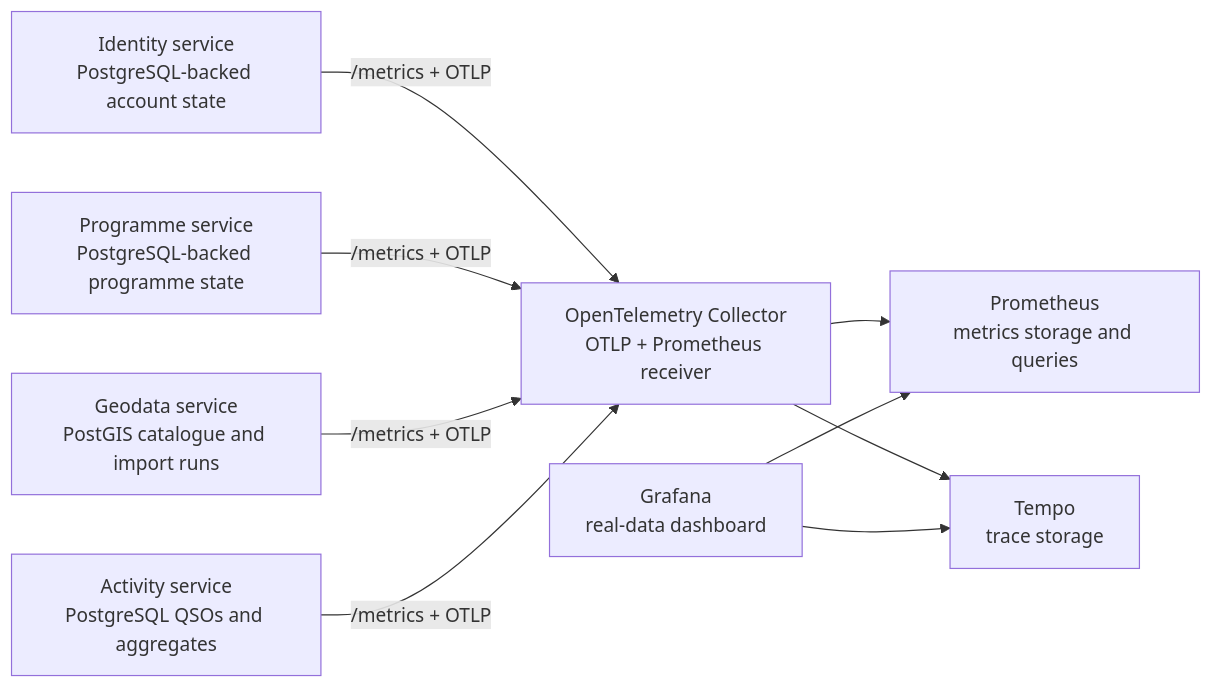
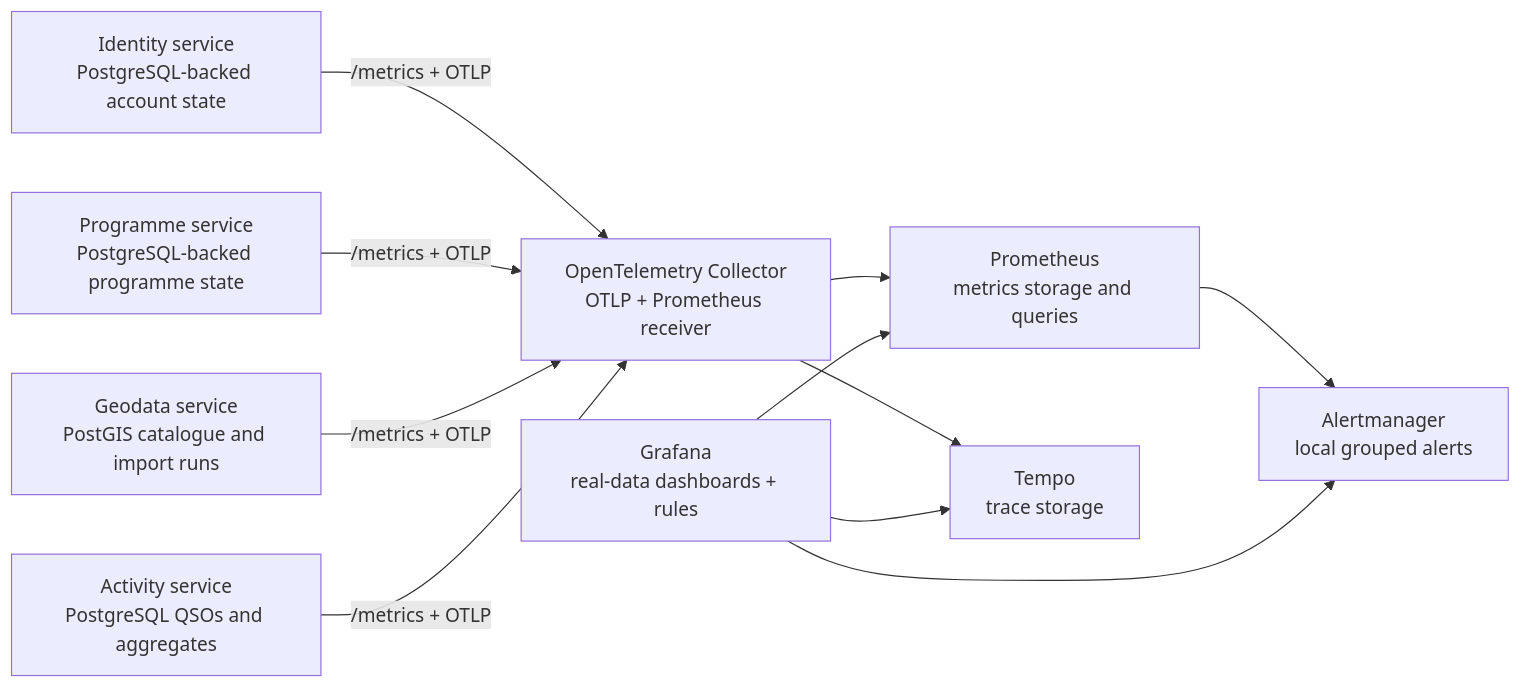
Before and after one commit to myota-platform/myota-docs: the diagram in docs/observability.md, drawn with Mermaid. The commit also changed other lines of this file, not shown here.

````diff
--- a/docs/observability.md
+++ b/docs/observability.md
@@ -20,19 +20,22 @@
 ```mermaid
 flowchart LR
   Identity[Identity service\nPostgreSQL-backed account state]
   Programmes[Programme service\nPostgreSQL-backed programme state]
   Geo[Geodata service\nPostGIS catalogue and import runs]
   Activity[Activity service\nPostgreSQL QSOs and aggregates]
   Collector[OpenTelemetry Collector\nOTLP + Prometheus receiver]
   Prometheus[Prometheus\nmetrics storage and queries]
-  Grafana[Grafana\nreal-data dashboard]
+  Grafana[Grafana\nreal-data dashboards + rules]
+  Alertmanager[Alertmanager\nlocal grouped alerts]
   Tempo[Tempo\ntrace storage]
   Identity -->|/metrics + OTLP| Collector
   Programmes -->|/metrics + OTLP| Collector
   Geo -->|/metrics + OTLP| Collector
   Activity -->|/metrics + OTLP| Collector
   Collector --> Prometheus
   Collector --> Tempo
   Grafana --> Prometheus
   Grafana --> Tempo
+  Prometheus --> Alertmanager
+  Grafana --> Alertmanager
 ```
````
